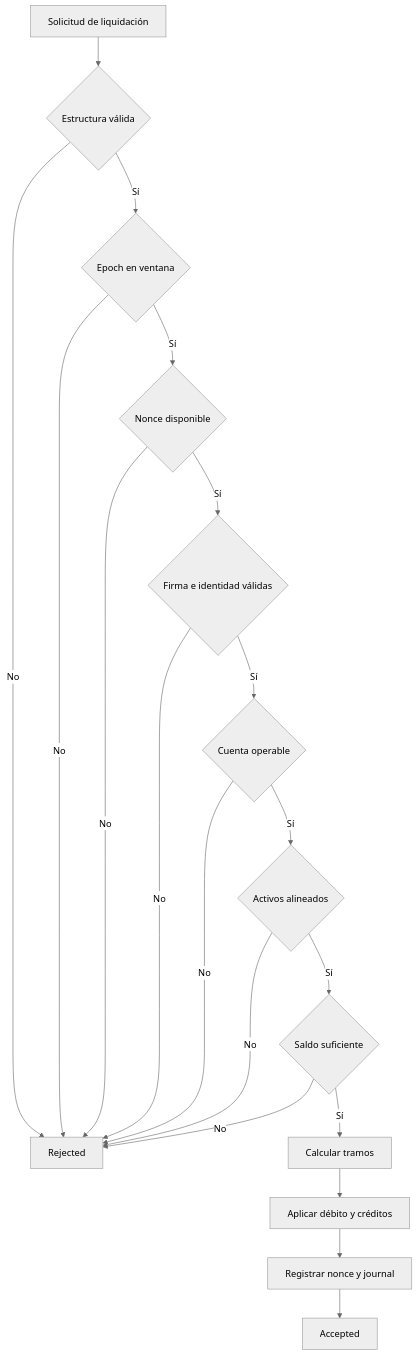
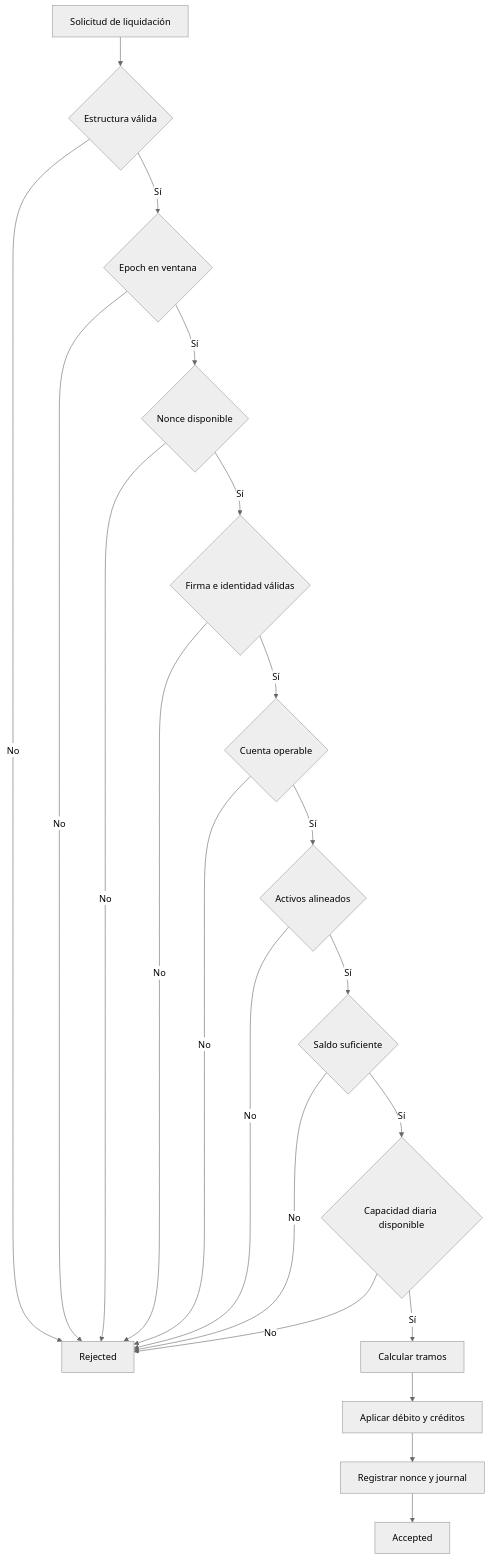
One commit to SolguardLabs/BastionDTL changed the first of 2 diagrams in docs/settlement-model.md. Above: the diagram before and after it, drawn with Mermaid (neutral theme). The commit also changed other lines of this file and 24 other files, not shown here.

````diff
--- a/docs/settlement-model.md
+++ b/docs/settlement-model.md
@@ -78,21 +83,23 @@
 ```mermaid
 flowchart TD
     START["Solicitud de liquidación"] --> SHAPE{"Estructura válida"}
     SHAPE -- No --> REJECT["Rejected"]
     SHAPE -- Sí --> WINDOW{"Epoch en ventana"}
     WINDOW -- No --> REJECT
     WINDOW -- Sí --> REPLAY{"Nonce disponible"}
     REPLAY -- No --> REJECT
     REPLAY -- Sí --> SIGNER{"Firma e identidad válidas"}
     SIGNER -- No --> REJECT
     SIGNER -- Sí --> ACCOUNT{"Cuenta operable"}
     ACCOUNT -- No --> REJECT
     ACCOUNT -- Sí --> ASSET{"Activos alineados"}
     ASSET -- No --> REJECT
     ASSET -- Sí --> BALANCE{"Saldo suficiente"}
     BALANCE -- No --> REJECT
-    BALANCE -- Sí --> MATH["Calcular tramos"]
+    BALANCE -- Sí --> CAPACITY{"Capacidad diaria disponible"}
+    CAPACITY -- No --> REJECT
+    CAPACITY -- Sí --> MATH["Calcular tramos"]
     MATH --> APPLY["Aplicar débito y créditos"]
     APPLY --> RECORD["Registrar nonce y journal"]
     RECORD --> ACCEPT["Accepted"]
 ```
````
